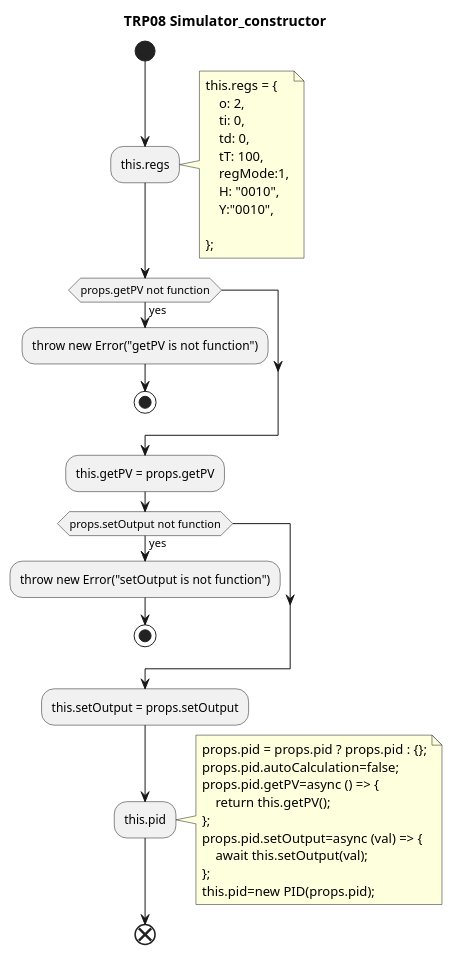
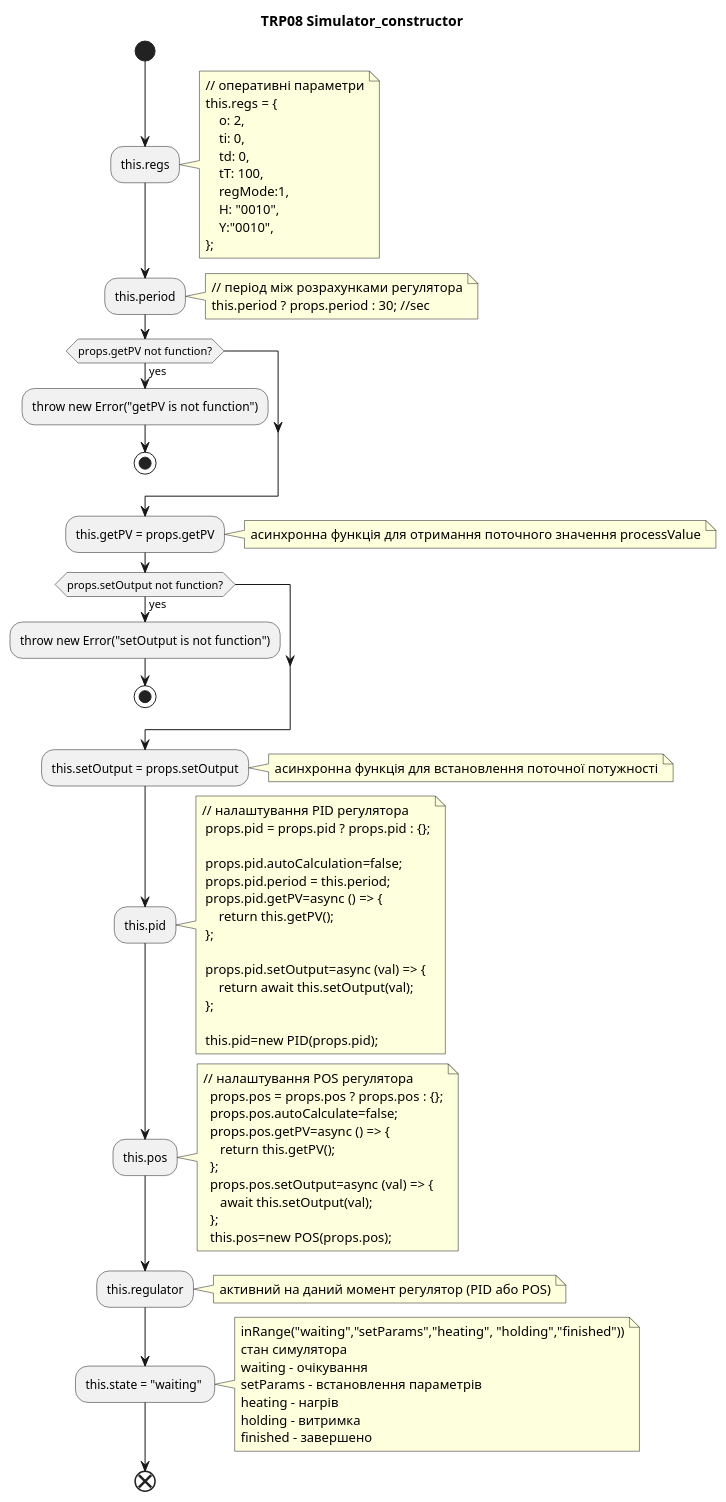
Before and after one commit to YVitalii/ASUTP2021: the first of 13 diagrams in devices/trp08/trp08_simulator.puml, drawn with PlantUML. The commit also changed other lines of this file and 5 other files, not shown here.

Commit message:
Щоб позиційний регулятор і ПІД приймали оперативні уставки через setParams, а симулятор ТРП-08 описував обидва регулятори.

```diff
--- a/devices/trp08/trp08_simulator.puml
+++ b/devices/trp08/trp08_simulator.puml
@@ -2,43 +2,84 @@
 @startuml trp08_simulator_constructor
 title TRP08 Simulator_constructor
 start
    :this.regs;
    note right
+    // оперативні параметри
     this.regs = {
         o: 2,
         ti: 0,
         td: 0,
         tT: 100,
         regMode:1,
         H: "0010",
         Y:"0010",
-
     };
    end note
-   if (props.getPV not function) then (yes)
+
+   :this.period;
+   note right
+   // період між розрахунками регулятора
+   this.period ? props.period : 30; //sec
+   end note
+
+   if (props.getPV not function?) then (yes)
     :throw new Error("getPV is not function");
     stop
    endif
    :this.getPV = props.getPV;
-   if (props.setOutput not function) then (yes)
+   note right: асинхронна функція для отримання поточного значення processValue
+   if (props.setOutput not function?) then (yes)
     :throw new Error("setOutput is not function");
     stop
    endif
    :this.setOutput = props.setOutput; 
-   
-
+   note right: асинхронна функція для встановлення поточної потужності
 
    :this.pid;
    note right
+   // налаштування PID регулятора   
     props.pid = props.pid ? props.pid : {};
+
     props.pid.autoCalculation=false;
+    props.pid.period = this.period;
     props.pid.getPV=async () => {
         return this.getPV();
     };
+
     props.pid.setOutput=async (val) => {
-        await this.setOutput(val);
+        return await this.setOutput(val);
     };
+
     this.pid=new PID(props.pid);
    end note
+
+   :this.pos;
+   note right
+   // налаштування POS регулятора
+     props.pos = props.pos ? props.pos : {};
+     props.pos.autoCalculate=false;
+     props.pos.getPV=async () => {
+        return this.getPV();
+     };
+     props.pos.setOutput=async (val) => {
+        await this.setOutput(val);
+     };
+     this.pos=new POS(props.pos);
+   end note
+:this.regulator; 
+note right: активний на даний момент регулятор (PID або POS)
+
+:this.state = "waiting" ;
+
+note right 
+    inRange("waiting","setParams","heating", "holding","finished"))
+    стан симулятора
+    waiting - очікування
+    setParams - встановлення параметрів
+    heating - нагрів
+    holding - витримка
+    finished - завершено
+end note
+
 end
 @enduml
```
